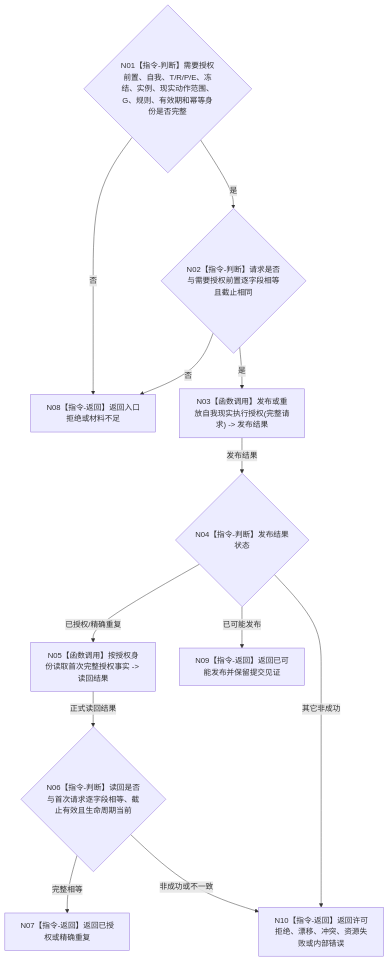
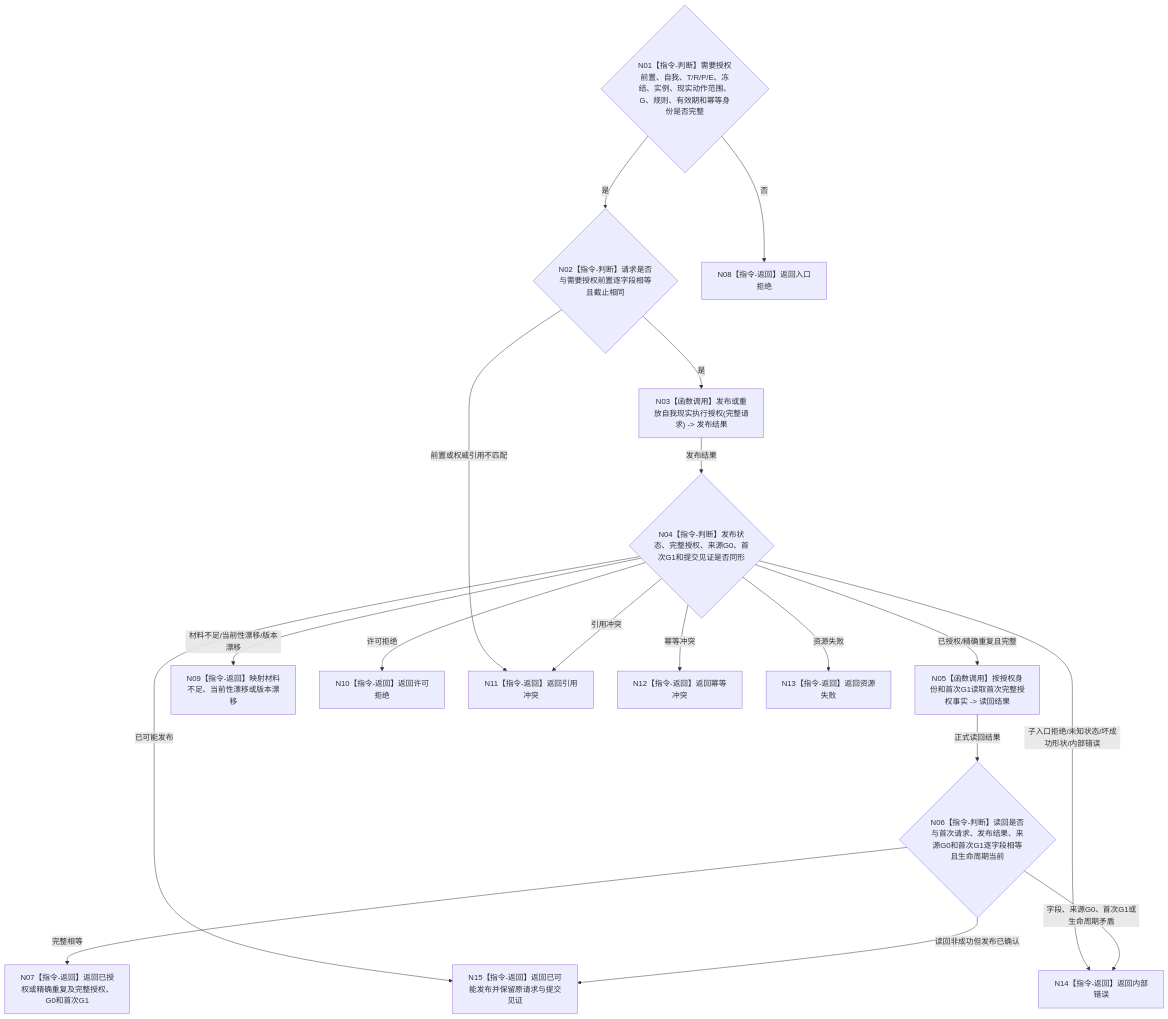
The diagram in 流程图/目标业务流程图/L2/BIZ-L2-002-10_发布并读回自我现实执行授权_目标函数流程图_v0.2.md (chunhaizh-cyber/HY-Ego), drawn with Mermaid before and after one commit. The commit also changed other lines of this file and 1 other file, not shown here.

Commit message:
docs: 分账自我现实授权发布截止

````diff
--- a/流程图/目标业务流程图/L2/BIZ-L2-002-10_发布并读回自我现实执行授权_目标函数流程图_v0.2.md
+++ b/流程图/目标业务流程图/L2/BIZ-L2-002-10_发布并读回自我现实执行授权_目标函数流程图_v0.2.md
@@ -32,25 +32,36 @@
 ```mermaid
 flowchart TD
     N01{"N01【指令-判断】需要授权前置、自我、T/R/P/E、冻结、实例、现实动作范围、G、规则、有效期和幂等身份是否完整"}
     N02{"N02【指令-判断】请求是否与需要授权前置逐字段相等且截止相同"}
     N03["N03【函数调用】发布或重放自我现实执行授权(完整请求) -> 发布结果"]
-    N04{"N04【指令-判断】发布结果状态"}
-    N05["N05【函数调用】按授权身份读取首次完整授权事实 -> 读回结果"]
-    N06{"N06【指令-判断】读回是否与首次请求逐字段相等、截止有效且生命周期当前"}
-    N07["N07【指令-返回】返回已授权或精确重复"]
-    N08["N08【指令-返回】返回入口拒绝或材料不足"]
-    N09["N09【指令-返回】返回已可能发布并保留提交见证"]
-    N10["N10【指令-返回】返回许可拒绝、漂移、冲突、资源失败或内部错误"]
+    N04{"N04【指令-判断】发布状态、完整授权、来源G0、首次G1和提交见证是否同形"}
+    N05["N05【函数调用】按授权身份和首次G1读取首次完整授权事实 -> 读回结果"]
+    N06{"N06【指令-判断】读回是否与首次请求、发布结果、来源G0和首次G1逐字段相等且生命周期当前"}
+    N07["N07【指令-返回】返回已授权或精确重复及完整授权、G0和首次G1"]
+    N08["N08【指令-返回】返回入口拒绝"]
+    N09["N09【指令-返回】映射材料不足、当前性漂移或版本漂移"]
+    N10["N10【指令-返回】返回许可拒绝"]
+    N11["N11【指令-返回】返回引用冲突"]
+    N12["N12【指令-返回】返回幂等冲突"]
+    N13["N13【指令-返回】返回资源失败"]
+    N14["N14【指令-返回】返回内部错误"]
+    N15["N15【指令-返回】返回已可能发布并保留原请求与提交见证"]
 
     N01 -->|否| N08
     N01 -->|是| N02
-    N02 -->|否| N08
+    N02 -->|前置或权威引用不匹配| N11
     N02 -->|是| N03
     N03 -->|发布结果| N04
-    N04 -->|已授权/精确重复| N05
+    N04 -->|已授权/精确重复且完整| N05
     N05 -->|正式读回结果| N06
-    N04 -->|已可能发布| N09
-    N04 -->|其它非成功| N10
+    N04 -->|材料不足/当前性漂移/版本漂移| N09
+    N04 -->|许可拒绝| N10
+    N04 -->|引用冲突| N11
+    N04 -->|幂等冲突| N12
+    N04 -->|资源失败| N13
+    N04 -->|子入口拒绝/未知状态/坏成功形状/内部错误| N14
+    N04 -->|已可能发布| N15
     N06 -->|完整相等| N07
-    N06 -->|非成功或不一致| N10
+    N06 -->|读回非成功但发布已确认| N15
+    N06 -->|字段、来源G0、首次G1或生命周期矛盾| N14
 ```
````
